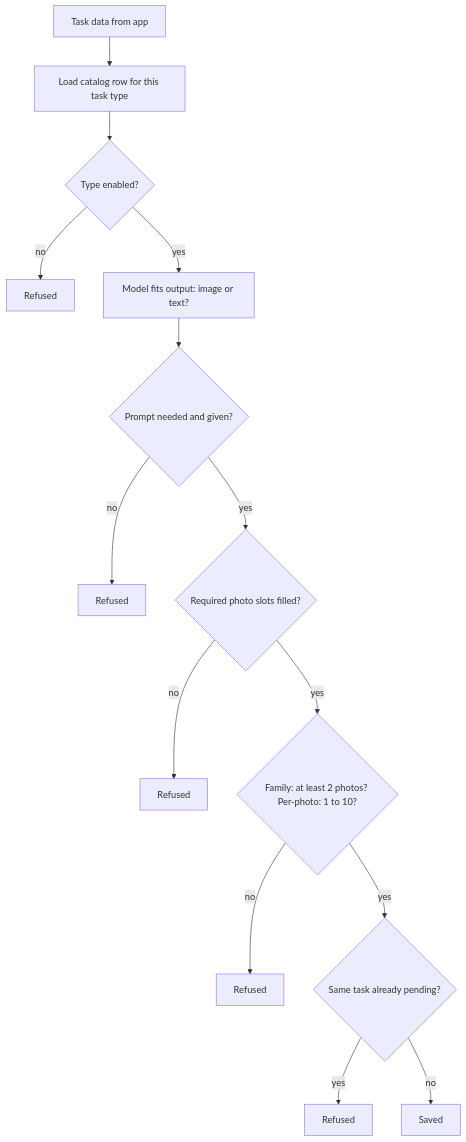
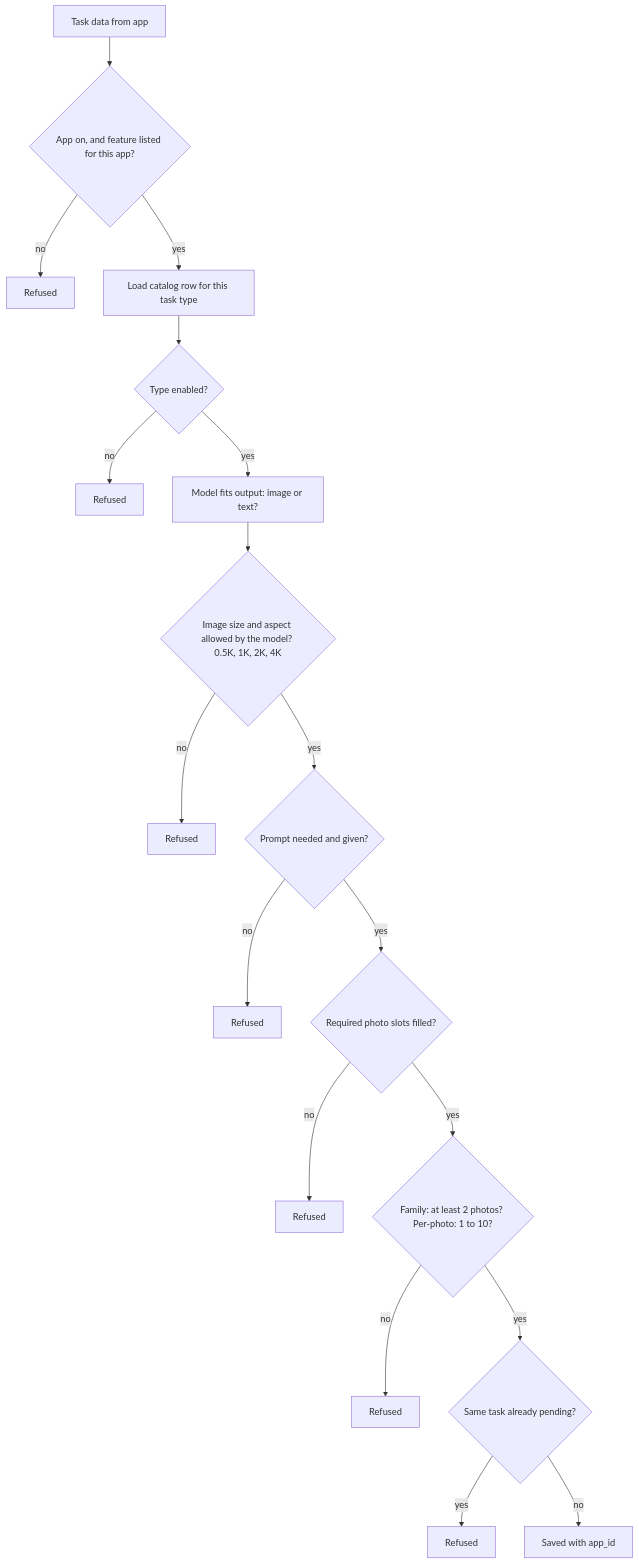
One commit to kambojsaab300/AI-Studio changed the ninth of 14 diagrams in docs/FLOW.md. Above: the diagram before and after it, drawn with Mermaid. The commit also changed other lines of this file and 11 other files, not shown here.

````diff
--- a/docs/FLOW.md
+++ b/docs/FLOW.md
@@ -191,16 +227,20 @@
 ```mermaid
 flowchart TD
-    A[Task data from app] --> B[Load catalog row for this task type]
+    A[Task data from app] --> A0{App on, and feature listed for this app?}
+    A0 -- no --> X0[Refused]
+    A0 -- yes --> B[Load catalog row for this task type]
     B --> C{Type enabled?}
     C -- no --> X1[Refused]
     C -- yes --> D[Model fits output: image or text?]
-    D --> E{Prompt needed and given?}
+    D --> D1{Image size and aspect allowed by the model? 0.5K, 1K, 2K, 4K}
+    D1 -- no --> X6[Refused]
+    D1 -- yes --> E{Prompt needed and given?}
     E -- no --> X2[Refused]
     E -- yes --> F{Required photo slots filled?}
     F -- no --> X3[Refused]
     F -- yes --> G{Family: at least 2 photos? Per-photo: 1 to 10?}
     G -- no --> X4[Refused]
     G -- yes --> H{Same task already pending?}
     H -- yes --> X5[Refused]
-    H -- no --> I[Saved]
+    H -- no --> I[Saved with app_id]
 ```
````
